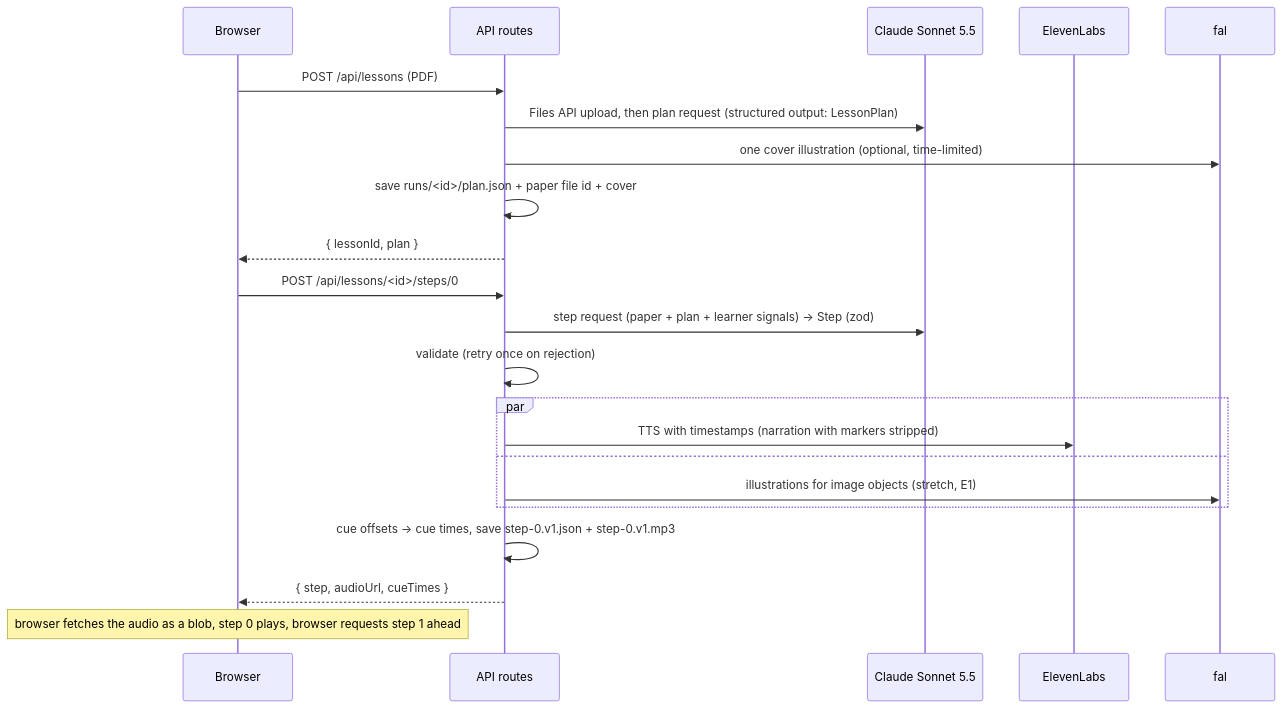
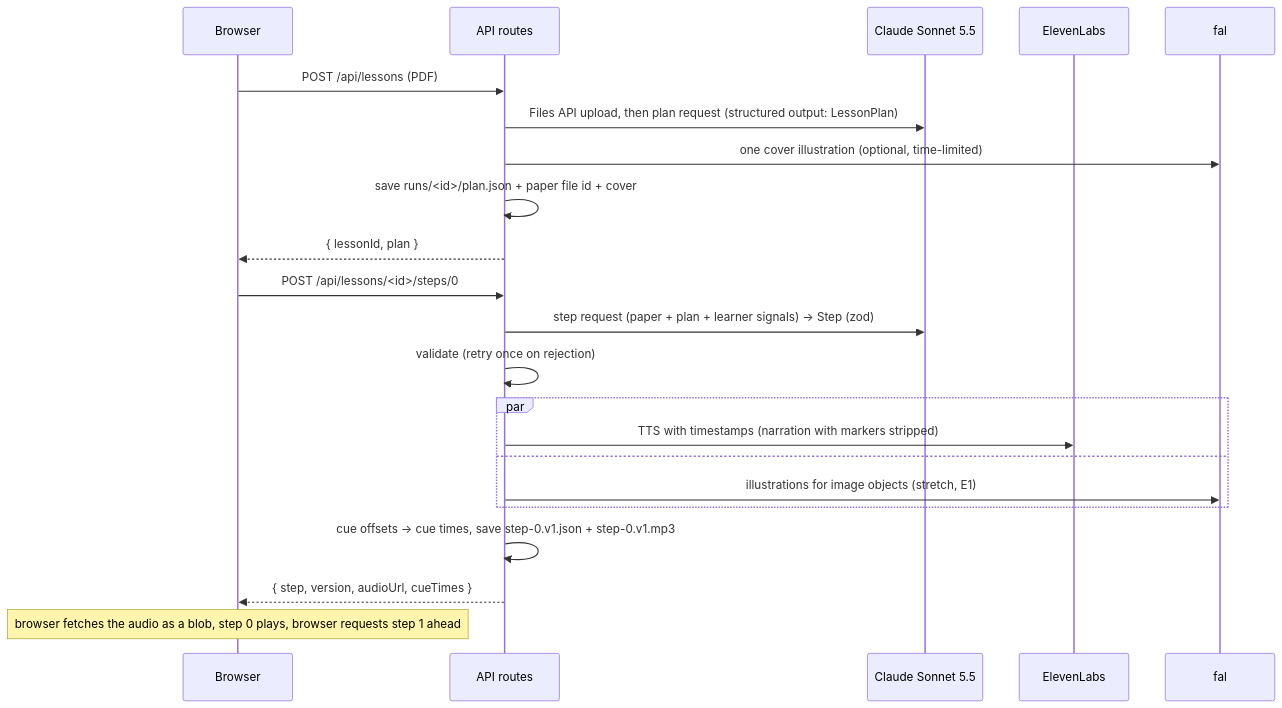
One commit to Jho0413/Unfolded changed the second of 4 diagrams in docs/ARCHITECTURE.md. Above: the diagram before and after it, drawn with Mermaid. The commit also changed other lines of this file, not shown here.

Commit message:
docs(architecture): add two validation rows and version to the step response

````diff
--- a/docs/ARCHITECTURE.md
+++ b/docs/ARCHITECTURE.md
@@ -198,24 +200,24 @@
 ```mermaid
 sequenceDiagram
   participant B as Browser
   participant A as API routes
   participant C as Claude Sonnet 5.5
   participant E as ElevenLabs
   participant F as fal
   B->>A: POST /api/lessons (PDF)
   A->>C: Files API upload, then plan request (structured output: LessonPlan)
   A->>F: one cover illustration (optional, time-limited)
   A->>A: save runs/<id>/plan.json + paper file id + cover
   A-->>B: { lessonId, plan }
   B->>A: POST /api/lessons/<id>/steps/0
   A->>C: step request (paper + plan + learner signals) -> Step (zod)
   A->>A: validate (retry once on rejection)
   par
     A->>E: TTS with timestamps (narration with markers stripped)
   and
     A->>F: illustrations for image objects (stretch, E1)
   end
   A->>A: cue offsets -> cue times, save step-0.v1.json + step-0.v1.mp3
-  A-->>B: { step, audioUrl, cueTimes }
+  A-->>B: { step, version, audioUrl, cueTimes }
   Note over B: browser fetches the audio as a blob, step 0 plays, browser requests step 1 ahead
 ```
````
